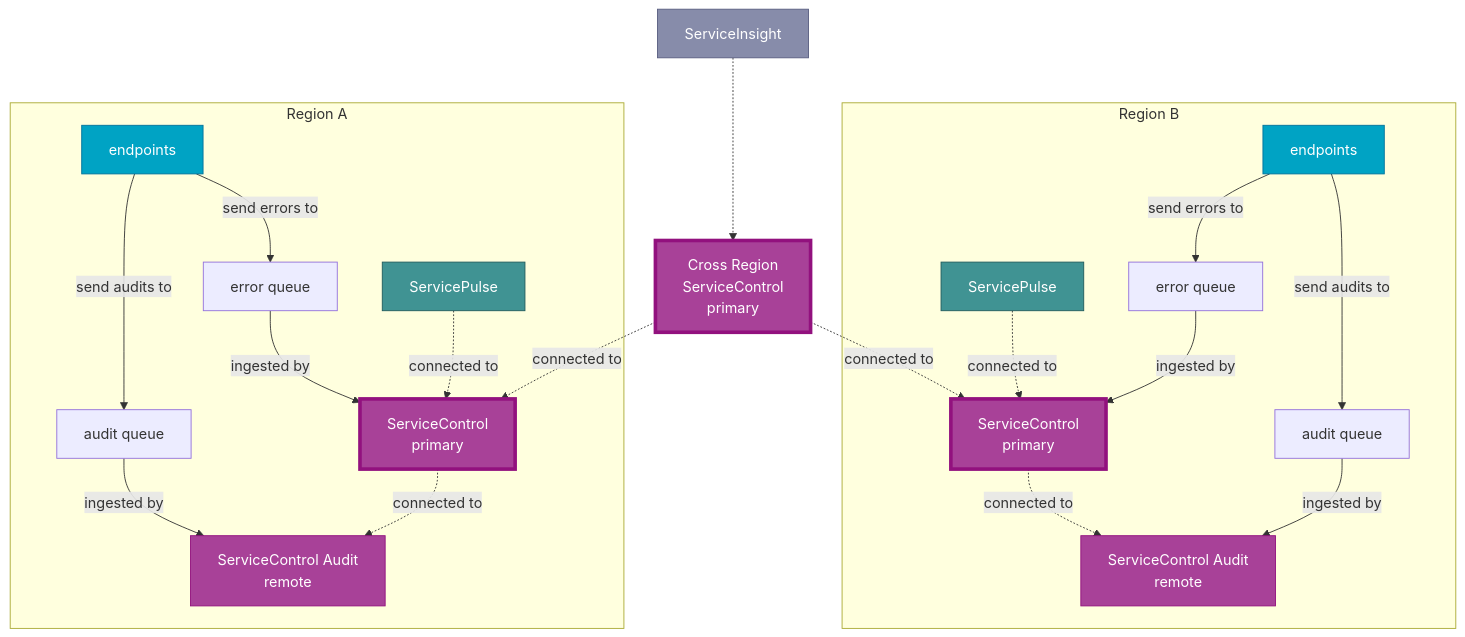
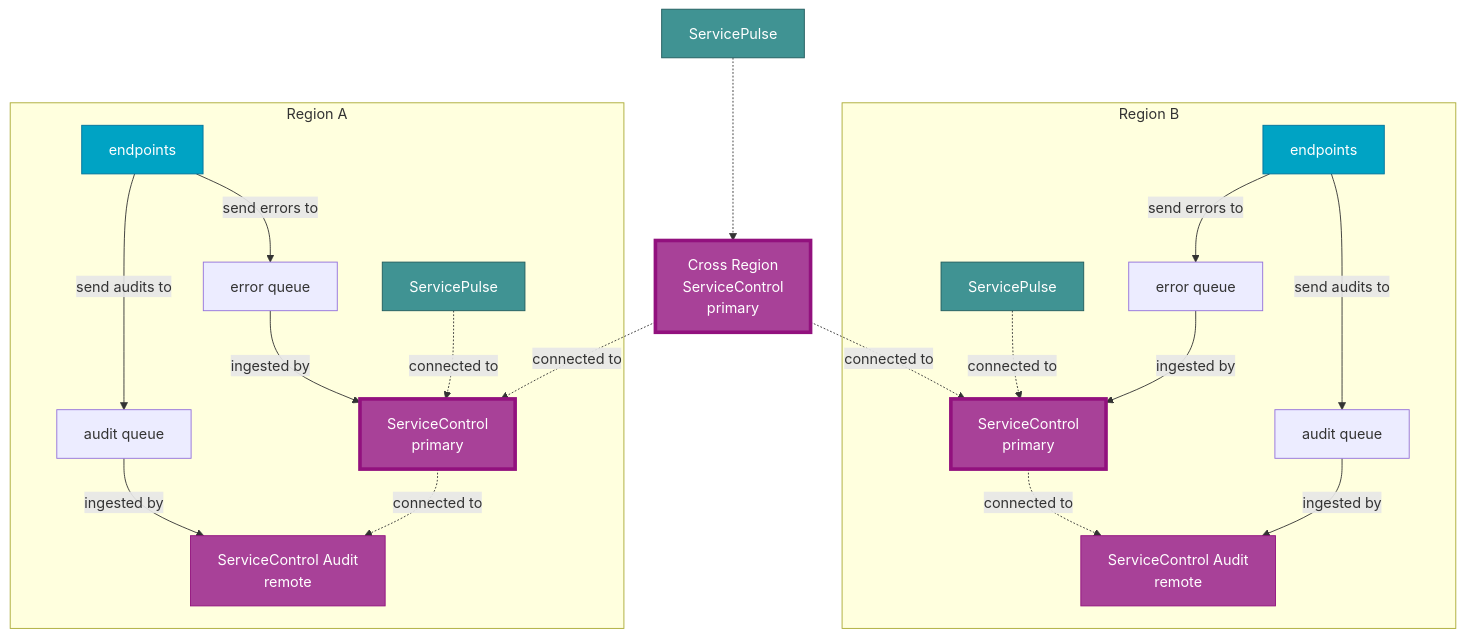
The fifth of 5 diagrams in servicecontrol/servicecontrol-instances/remotes.md (Particular/docs.particular.net), drawn with Mermaid before and after one commit. The commit also changed other lines of this file and 22 other files, not shown here.

First line of the commit message:
Remove ServiceInsight from /transports, /servicepulse and /servicecontrol docs (#7979)

````diff
--- a/servicecontrol/servicecontrol-instances/remotes.md
+++ b/servicecontrol/servicecontrol-instances/remotes.md
@@ -174,37 +162,35 @@
 ```mermaid
 graph TD
-insight[ServiceInsight] -..-> crossRegionPrimary[Cross Region<br/>ServiceControl<br/>primary]
+pulse[ServicePulse] -..-> crossRegionPrimary[Cross Region<br/>ServiceControl<br/>primary]
 crossRegionPrimary -. connected to .-> primaryB
 
 subgraph Region B
 primaryB -. connected to .-> auditB
 servicePulseB[ServicePulse] -. connected to .-> primaryB
 endpointsB[endpoints] -- send errors to --> errorQueueB[error queue]
 endpointsB -- send audits to --> auditQueueB[audit queue]
 errorQueueB -- ingested by --> primaryB[ServiceControl<br/>primary]
 auditQueueB -- ingested by --> auditB[ServiceControl Audit<br/>remote]
 end
 
 subgraph Region A
 endpointsA[endpoints] -- send errors to --> errorQueueA[error queue]
 endpointsA -- send audits to --> auditQueueA[audit queue]
 errorQueueA -- ingested by --> primaryA[ServiceControl<br/>primary]
 auditQueueA -- ingested by --> auditA[ServiceControl Audit<br/>remote]
 primaryA -. connected to .-> auditA
 servicePulseA[ServicePulse] -. connected to .-> primaryA
 end
 
 crossRegionPrimary -. connected to .-> primaryA
 
 classDef Endpoints fill:#00A3C4,stroke:#00729C,color:#FFFFFF
-classDef ServiceInsight fill:#878CAA,stroke:#585D80,color:#FFFFFF
 classDef ServicePulse fill:#409393,stroke:#205B5D,color:#FFFFFF
 classDef ServiceControlPrimary fill:#A84198,stroke:#92117E,color:#FFFFFF,stroke-width:4px
 classDef ServiceControlRemote fill:#A84198,stroke:#92117E,color:#FFFFFF
 
 class endpointsA,endpointsB Endpoints
-class insight ServiceInsight
-class servicePulseA,servicePulseB ServicePulse
+class pulse,servicePulseA,servicePulseB ServicePulse
 class primaryA,primaryB,crossRegionPrimary ServiceControlPrimary
 class auditA,auditB ServiceControlRemote
 ```
````
